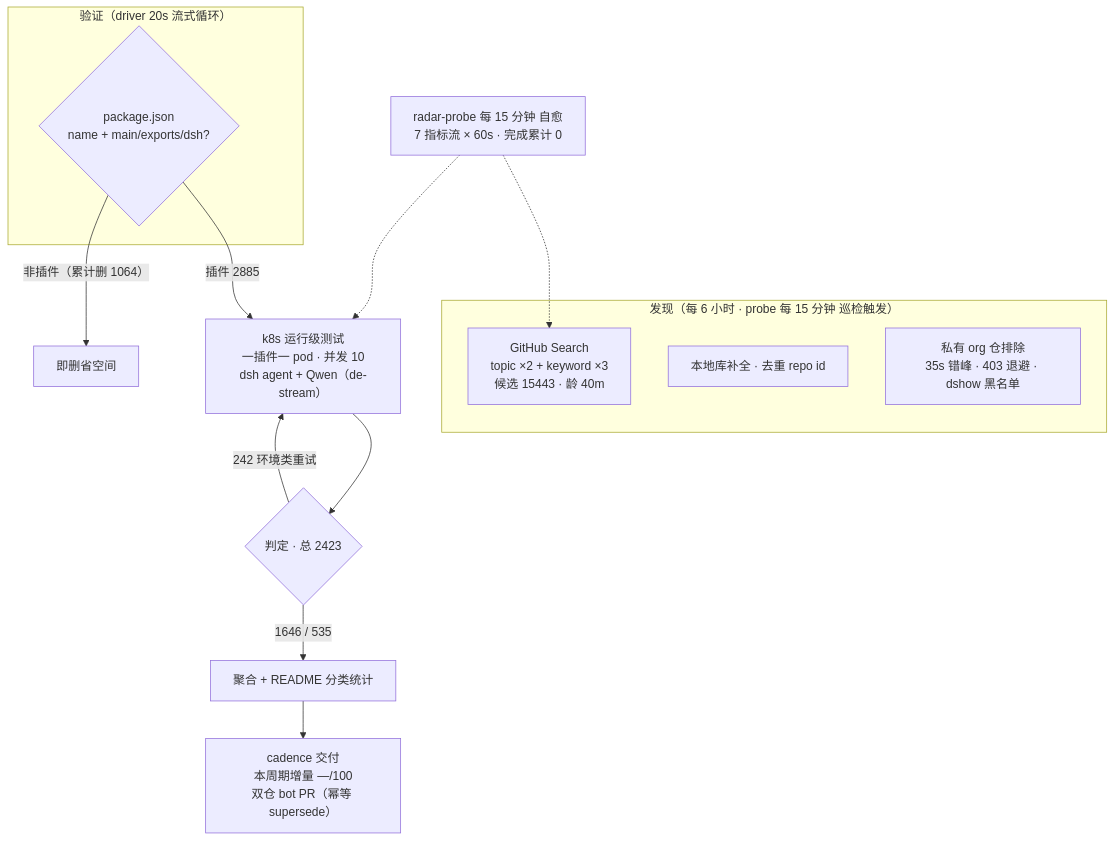
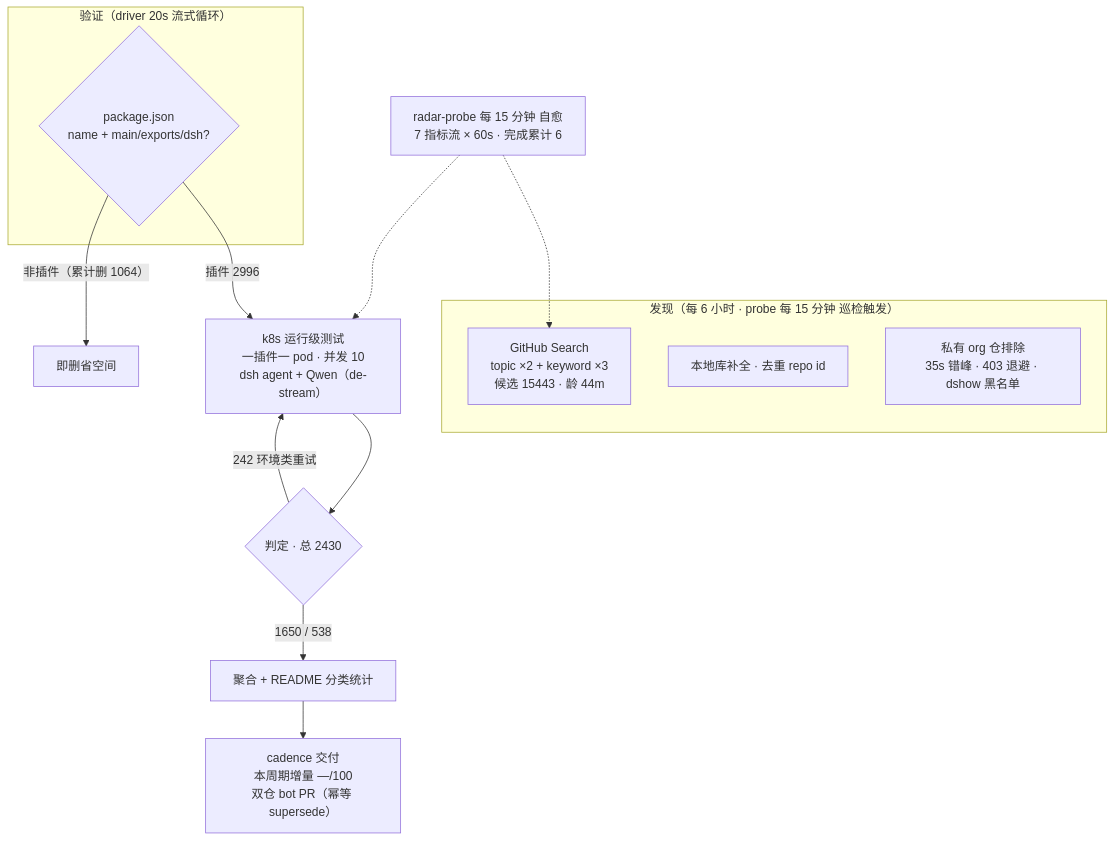
Before and after one commit to AdamPlatin123/awesome-dsh-plugins: the diagram in README.md, drawn with Mermaid. The commit also changed other lines of this file and 5 other files, not shown here.

````diff
--- a/README.md
+++ b/README.md
@@ -37,20 +37,20 @@
 ```mermaid
 flowchart TB
     subgraph Discovery["发现（每 6 小时 · probe 每 15 分钟 巡检触发）"]
-        A1["GitHub Search<br/>topic ×2 + keyword ×3<br/>候选 15443 · 龄 40m"]
+        A1["GitHub Search<br/>topic ×2 + keyword ×3<br/>候选 15443 · 龄 44m"]
         A2["本地库补全 · 去重 repo id"]
         A3["私有 org 仓排除<br/>35s 错峰 · 403 退避 · dshow 黑名单"]
     end
     subgraph Validation["验证（driver 20s 流式循环）"]
         B1{"package.json<br/>name + main/exports/dsh?"}
     end
-    B1 -->|"插件 2885"| C1["k8s 运行级测试<br/>一插件一 pod · 并发 10<br/>dsh agent + Qwen（de-stream）"]
+    B1 -->|"插件 2996"| C1["k8s 运行级测试<br/>一插件一 pod · 并发 10<br/>dsh agent + Qwen（de-stream）"]
     B1 -->|"非插件（累计删 1064）"| B3["即删省空间"]
-    C1 --> D1{"判定 · 总 2423"}
-    D1 -->|"1646 / 535"| E1["聚合 + README 分类统计"]
+    C1 --> D1{"判定 · 总 2430"}
+    D1 -->|"1650 / 538"| E1["聚合 + README 分类统计"]
     D1 -->|"242 环境类重试"| C1
     E1 --> E2["cadence 交付<br/>本周期增量 —/100<br/>双仓 bot PR（幂等 supersede）"]
-    M["radar-probe 每 15 分钟 自愈<br/>7 指标流 × 60s · 完成累计 0"]
+    M["radar-probe 每 15 分钟 自愈<br/>7 指标流 × 60s · 完成累计 6"]
     M -.-> A1
     M -.-> C1
 ```
````
